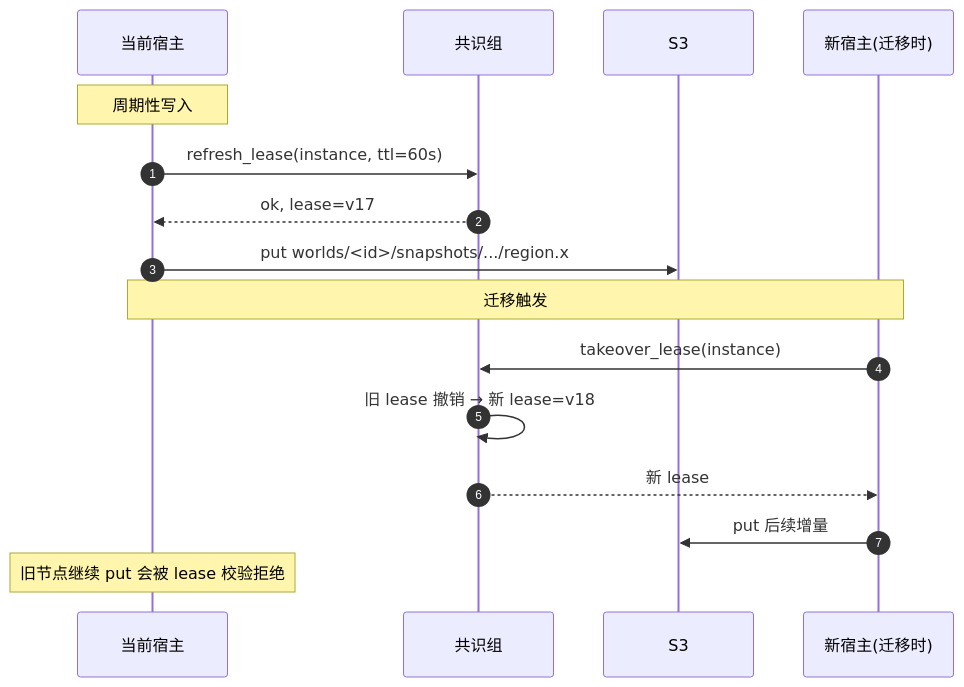
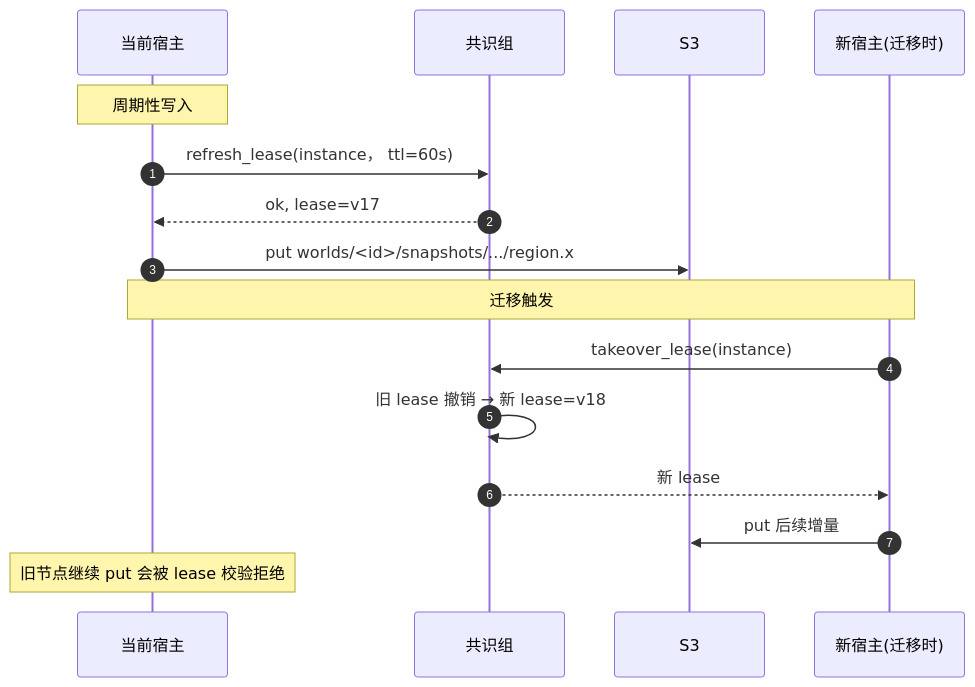
Before and after one commit to JLUCraft/docs: the fourth of 4 diagrams in pages/components/server/network.md, drawn with Mermaid. The commit also changed other lines of this file and 23 other files, not shown here.

````diff
--- a/pages/components/server/network.md
+++ b/pages/components/server/network.md
@@ -152,19 +145,19 @@
 ```mermaid
 sequenceDiagram
     autonumber
     participant Src as 当前宿主
     participant Cons as 共识组
     participant S3
     participant Dst as 新宿主(迁移时)
 
     Note over Src: 周期性写入
-    Src->>Cons: refresh_lease(instance, ttl=60s)
+    Src->>Cons: refresh_lease(instance， ttl=60s)
     Cons-->>Src: ok, lease=v17
     Src->>S3: put worlds/<id>/snapshots/.../region.x
     Note over Src,Dst: 迁移触发
     Dst->>Cons: takeover_lease(instance)
     Cons->>Cons: 旧 lease 撤销 → 新 lease=v18
     Cons-->>Dst: 新 lease
     Dst->>S3: put 后续增量
     Note over Src: 旧节点继续 put 会被 lease 校验拒绝
 ```
````
